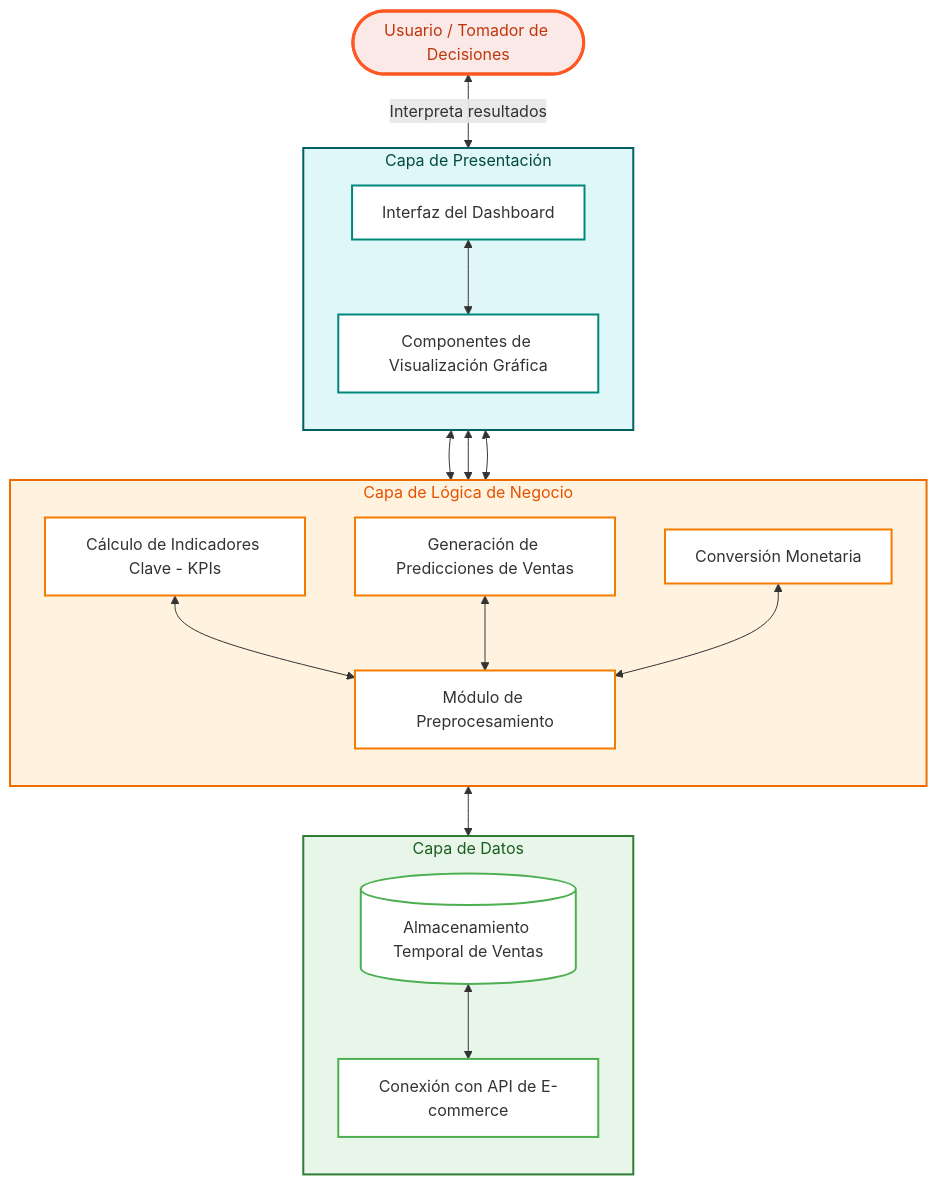
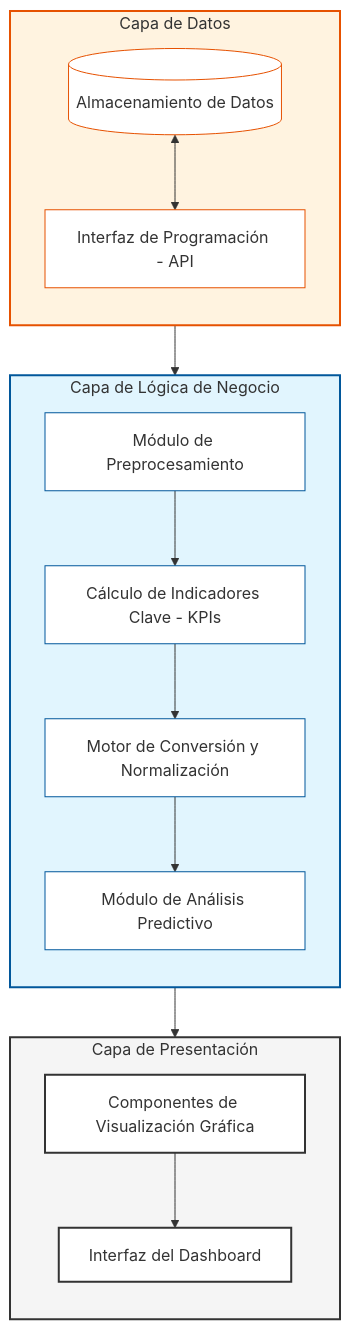
Diagram 11 of 11 in diagramas_mermaid.md (angelopol/transport-admin), drawn with Mermaid before and after one commit. The commit also changed other lines of this file and 43 other files, not shown here.

````diff
--- a/diagramas_mermaid.md
+++ b/diagramas_mermaid.md
@@ -787,57 +786,48 @@
 ```mermaid
 flowchart TD
     %% Capa de Presentación
     subgraph CapaPresentacion ["Capa de Presentación"]
         direction TB
         Interfaz[Interfaz del Dashboard]
         Visualizacion[Componentes de Visualización Gráfica]
     end
 
     %% Capa de Lógica de Negocio
     subgraph CapaLogica ["Capa de Lógica de Negocio"]
         direction TB
         Preprocesamiento[Módulo de Preprocesamiento]
         KPIs[Cálculo de Indicadores Clave - KPIs]
-        Conversion[Conversión Monetaria]
-        Predicciones[Generación de Predicciones de Ventas]
+        Conversion[Motor de Conversión y Normalización]
+        Prediccion[Módulo de Análisis Predictivo]
     end
 
     %% Capa de Datos
     subgraph CapaDatos ["Capa de Datos"]
         direction TB
-        API_Ecommerce[Conexión con API de E-commerce]
-        Almacenamiento[(Almacenamiento Temporal de Ventas)]
+        API[Interfaz de Programación - API]
+        Storage[(Almacenamiento de Datos)]
     end
 
-    %% Flujo y Relaciones
-    Usuario([Usuario / Tomador de Decisiones]) <-->|Interpreta resultados| Interfaz
-    Interfaz <--> Visualizacion
+    %% Relaciones de Flujo
+    API --> Preprocesamiento
+    Storage <--> API
+    Preprocesamiento --> KPIs
+    KPIs --> Conversion
+    Conversion --> Prediccion
+    Prediccion --> Visualizacion
+    Visualizacion --> Interfaz
+
+    %% Estilización
+    style CapaPresentacion fill:#f5f5f5,stroke:#333,stroke-width:2px
+    style CapaLogica fill:#e1f5fe,stroke:#01579b,stroke-width:2px
+    style CapaDatos fill:#fff3e0,stroke:#e65100,stroke-width:2px
     
-    Visualizacion <--> KPIs
-    Visualizacion <--> Predicciones
-    Visualizacion <--> Conversion
-
-    KPIs <--> Preprocesamiento
-    Predicciones <--> Preprocesamiento
-    Conversion <--> Preprocesamiento
-
-    Preprocesamiento <--> Almacenamiento
-    Almacenamiento <--> API_Ecommerce
-
-    %% Estilos (Consistentes con el documento)
-    style Usuario fill:#fbe9e7,stroke:#ff5722,stroke-width:3px,color:#bf360c
-    style CapaPresentacion fill:#e0f7fa,stroke:#006064,stroke-width:2px,color:#004d40
-    style CapaLogica fill:#fff3e0,stroke:#ef6c00,stroke-width:2px,color:#e65100
-    style CapaDatos fill:#e8f5e9,stroke:#2e7d32,stroke-width:2px,color:#1b5e20
-    
-    style Interfaz fill:#ffffff,stroke:#00897b,stroke-width:2px
-    style Visualizacion fill:#ffffff,stroke:#00897b,stroke-width:2px
-    
-    style Preprocesamiento fill:#ffffff,stroke:#f57c00,stroke-width:2px
-    style KPIs fill:#ffffff,stroke:#f57c00,stroke-width:2px
-    style Conversion fill:#ffffff,stroke:#f57c00,stroke-width:2px
-    style Predicciones fill:#ffffff,stroke:#f57c00,stroke-width:2px
-    
-    style API_Ecommerce fill:#ffffff,stroke:#4caf50,stroke-width:2px
-    style Almacenamiento fill:#ffffff,stroke:#4caf50,stroke-width:2px
+    style Interfaz fill:#fff,stroke:#333,stroke-width:2px
+    style Visualizacion fill:#fff,stroke:#333,stroke-width:2px
+    style Preprocesamiento fill:#fff,stroke:#01579b,stroke-width:1px
+    style KPIs fill:#fff,stroke:#01579b,stroke-width:1px
+    style Conversion fill:#fff,stroke:#01579b,stroke-width:1px
+    style Prediccion fill:#fff,stroke:#01579b,stroke-width:1px
+    style API fill:#fff,stroke:#e65100,stroke-width:1px
+    style Storage fill:#fff,stroke:#e65100,stroke-width:1px
 ```
````
